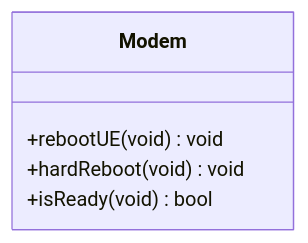
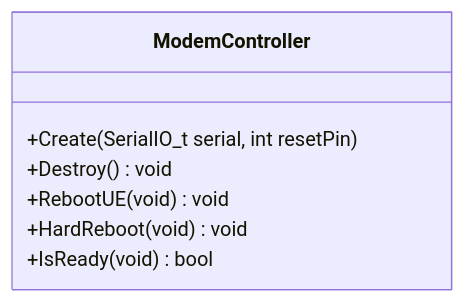
One commit to aungkhantmaw64/BC95Driver changed the diagram in README.md. Above: the diagram before and after it, drawn with Mermaid.

Commit message:
Update ModemController class UML

````diff
--- a/README.md
+++ b/README.md
@@ -5,9 +5,11 @@
 ```mermaid
 classDiagram
-    class Modem{
-        +rebootUE(void) void
-        +hardReboot(void) void
-        +isReady(void) bool
+    class ModemController{
+        +Create(SerialIO_t serial, int resetPin)
+        +Destroy() void
+        +RebootUE(void) void
+        +HardReboot(void) void
+        +IsReady(void) bool
     }
 
 ```
````
